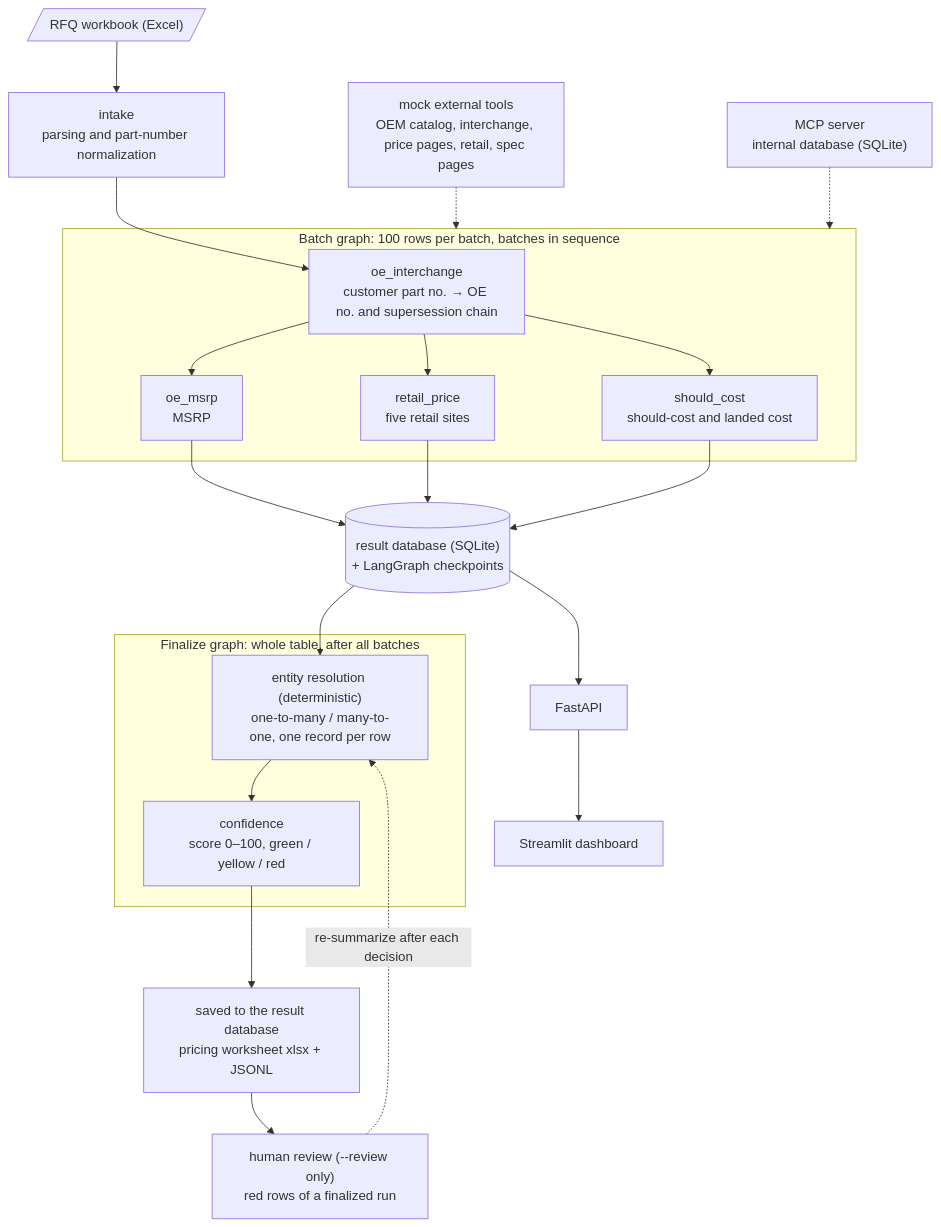
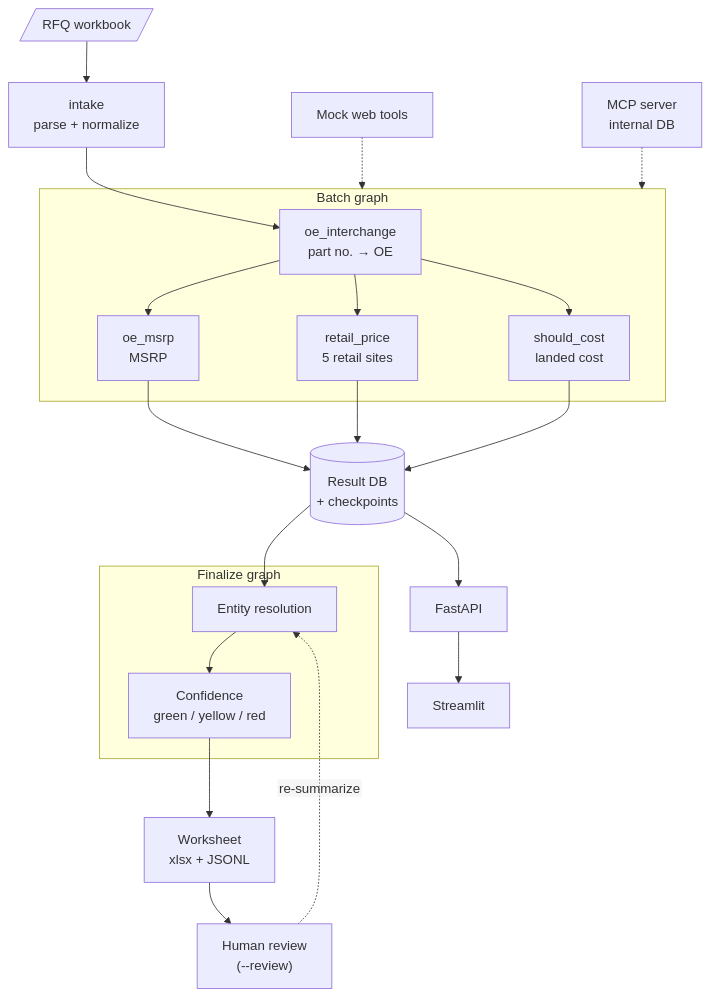
The diagram in README.md (RobertWei3/RFQ-Agent), drawn with Mermaid before and after one commit. The commit also changed other lines of this file and 1 other file, not shown here.

Commit message:
README architecture diagram: short labels and SVG text so GitHub does not clip node text
Mermaid on GitHub sized the HTML labels too narrow and cut off text (e.g. "result database (").
Labels are now one or two short lines, rendered as SVG text (htmlLabels: false); the details
moved into the bullets under the diagram.

````diff
--- a/README.md
+++ b/README.md
@@ -61,29 +61,30 @@
 ```mermaid
+%%{init: {"flowchart": {"htmlLabels": false}} }%%
 flowchart TD
-    rfq[/"RFQ workbook (Excel)"/] --> intake["intake<br/>parsing and part-number normalization"]
+    rfq[/"RFQ workbook"/] --> intake["intake<br/>parse + normalize"]
     intake --> oe
-    subgraph batch["Batch graph: 100 rows per batch, batches in sequence"]
-        oe["oe_interchange<br/>customer part no. → OE no. and supersession chain"]
+    subgraph batch["Batch graph"]
+        oe["oe_interchange<br/>part no. → OE"]
         msrp["oe_msrp<br/>MSRP"]
-        retail["retail_price<br/>five retail sites"]
-        cost["should_cost<br/>should-cost and landed cost"]
+        retail["retail_price<br/>5 retail sites"]
+        cost["should_cost<br/>landed cost"]
         oe --> msrp
         oe --> retail
         oe --> cost
     end
-    tools["mock external tools<br/>OEM catalog, interchange, price pages, retail, spec pages"] -.-> batch
-    mcp["MCP server<br/>internal database (SQLite)"] -.-> batch
-    msrp --> store[("result database (SQLite)<br/>+ LangGraph checkpoints")]
+    tools["Mock web tools"] -.-> batch
+    mcp["MCP server<br/>internal DB"] -.-> batch
+    msrp --> store[("Result DB<br/>+ checkpoints")]
     retail --> store
     cost --> store
     store --> resolve
-    subgraph final["Finalize graph: whole table, after all batches"]
-        resolve["entity resolution (deterministic)<br/>one-to-many / many-to-one, one record per row"]
-        confidence["confidence<br/>score 0–100, green / yellow / red"]
+    subgraph final["Finalize graph"]
+        resolve["Entity resolution"]
+        confidence["Confidence<br/>green / yellow / red"]
         resolve --> confidence
     end
-    confidence --> sheet["saved to the result database<br/>pricing worksheet xlsx + JSONL"]
-    sheet --> review["human review (--review only)<br/>red rows of a finalized run"]
-    review -. "re-summarize after each decision" .-> resolve
-    store --> api["FastAPI"] --> dash["Streamlit dashboard"]
+    confidence --> sheet["Worksheet<br/>xlsx + JSONL"]
+    sheet --> review["Human review<br/>(--review)"]
+    review -. "re-summarize" .-> resolve
+    store --> api["FastAPI"] --> dash["Streamlit"]
 ```
````
